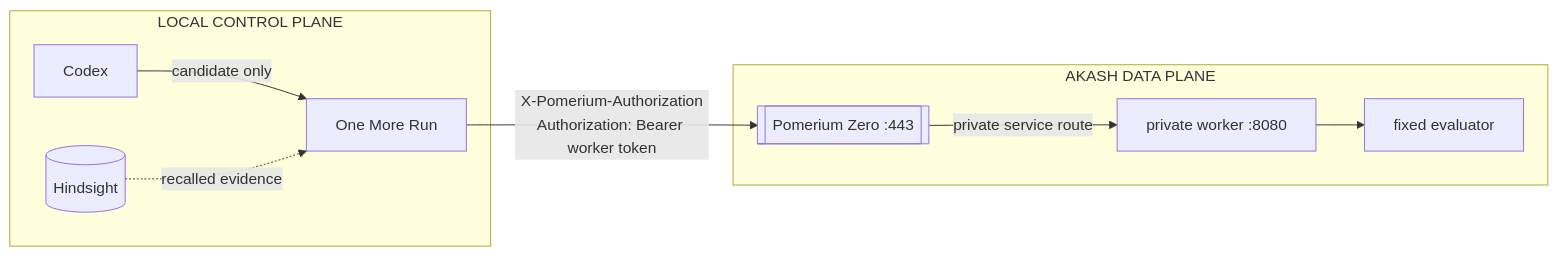
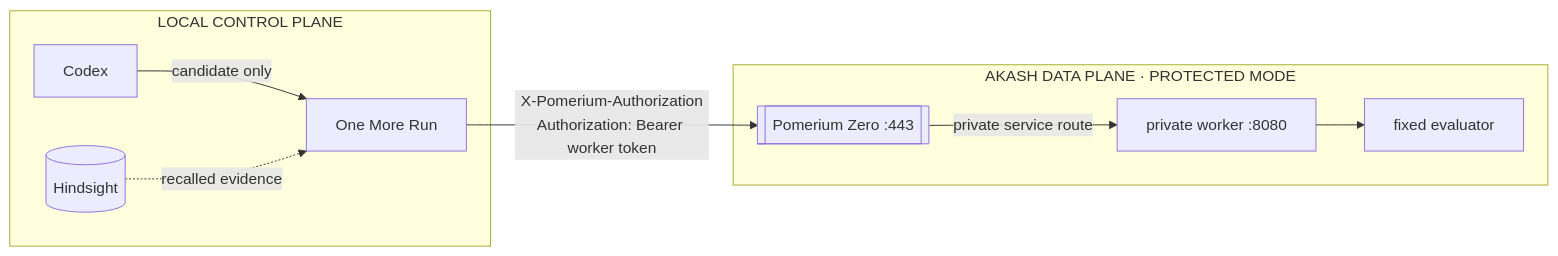
The fifth of 5 diagrams in docs/submission/carousel.md (drukpa1455/one-more-run), drawn with Mermaid before and after one commit. The commit also changed other lines of this file and 8 other files, not shown here.

````diff
--- a/docs/submission/carousel.md
+++ b/docs/submission/carousel.md
@@ -214,18 +214,18 @@
 ```mermaid
 flowchart LR
     subgraph L[LOCAL CONTROL PLANE]
         C[Codex]
         O[One More Run]
         M[(Hindsight)]
         C -->|candidate only| O
         M -. recalled evidence .-> O
     end
-    subgraph A[AKASH DATA PLANE]
+    subgraph A[AKASH DATA PLANE · PROTECTED MODE]
         P[[Pomerium Zero :443]]
         W[private worker :8080]
         E[fixed evaluator]
         P -->|private service route| W
         W --> E
     end
     O -->|X-Pomerium-Authorization<br/>Authorization: Bearer worker token| P
 ```
````
